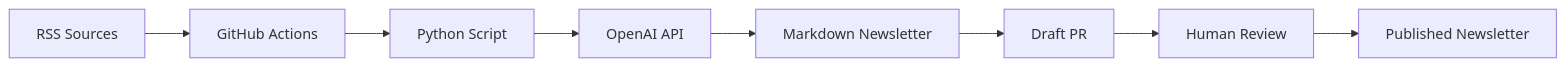
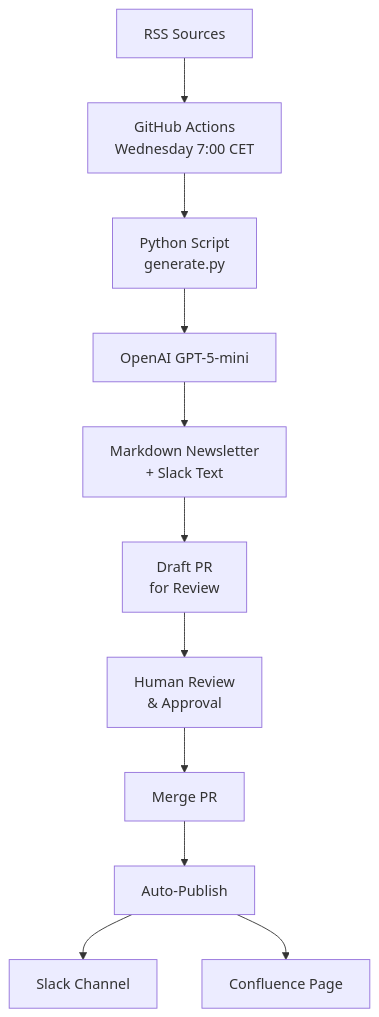
One commit to tamrakaranish/miti-marketing-newsletter changed the diagram in README.md. Above: the diagram before and after it, drawn with Mermaid. The commit also changed other lines of this file, not shown here.

````diff
--- a/README.md
+++ b/README.md
@@ -15,10 +15,13 @@
 ```mermaid
-graph LR
-    A[RSS Sources] --> B[GitHub Actions]
-    B --> C[Python Script]
-    C --> D[OpenAI API]
-    D --> E[Markdown Newsletter]
-    E --> F[Draft PR]
-    F --> G[Human Review]
-    G --> H[Published Newsletter]
+graph TD
+    A[RSS Sources] --> B[GitHub Actions<br/>Wednesday 7:00 CET]
+    B --> C[Python Script<br/>generate.py]
+    C --> D[OpenAI GPT-5-mini]
+    D --> E[Markdown Newsletter<br/>+ Slack Text]
+    E --> F[Draft PR<br/>for Review]
+    F --> G[Human Review<br/>& Approval]
+    G --> H[Merge PR]
+    H --> I[Auto-Publish]
+    I --> J[Slack Channel]
+    I --> K[Confluence Page]
 ```
````
